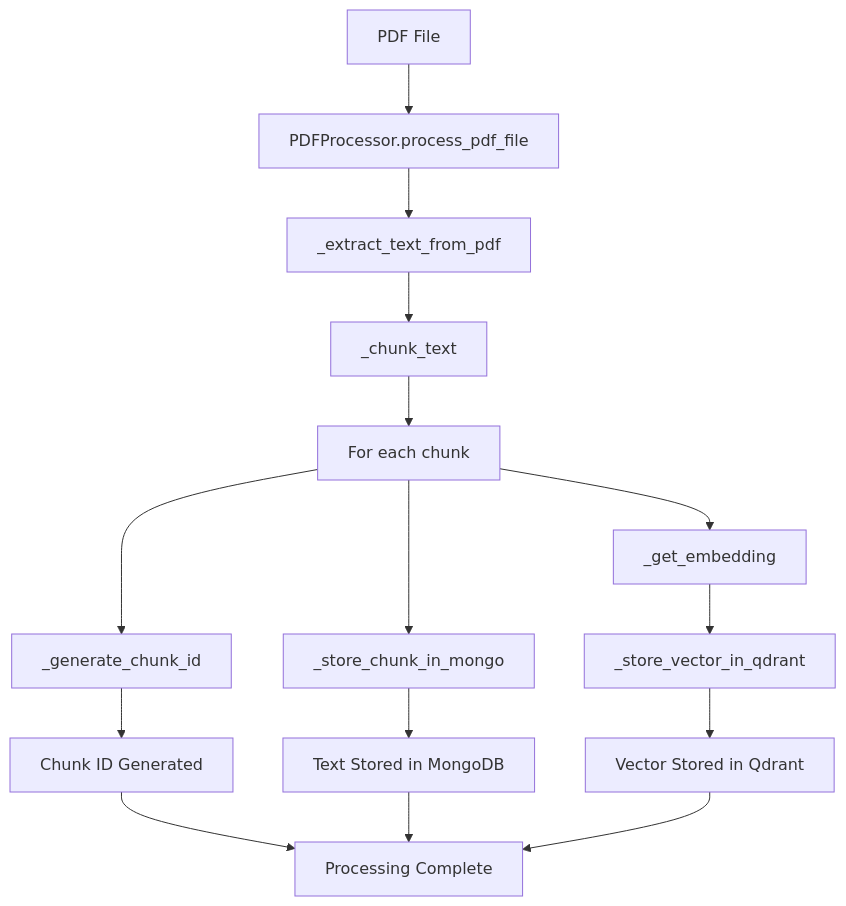
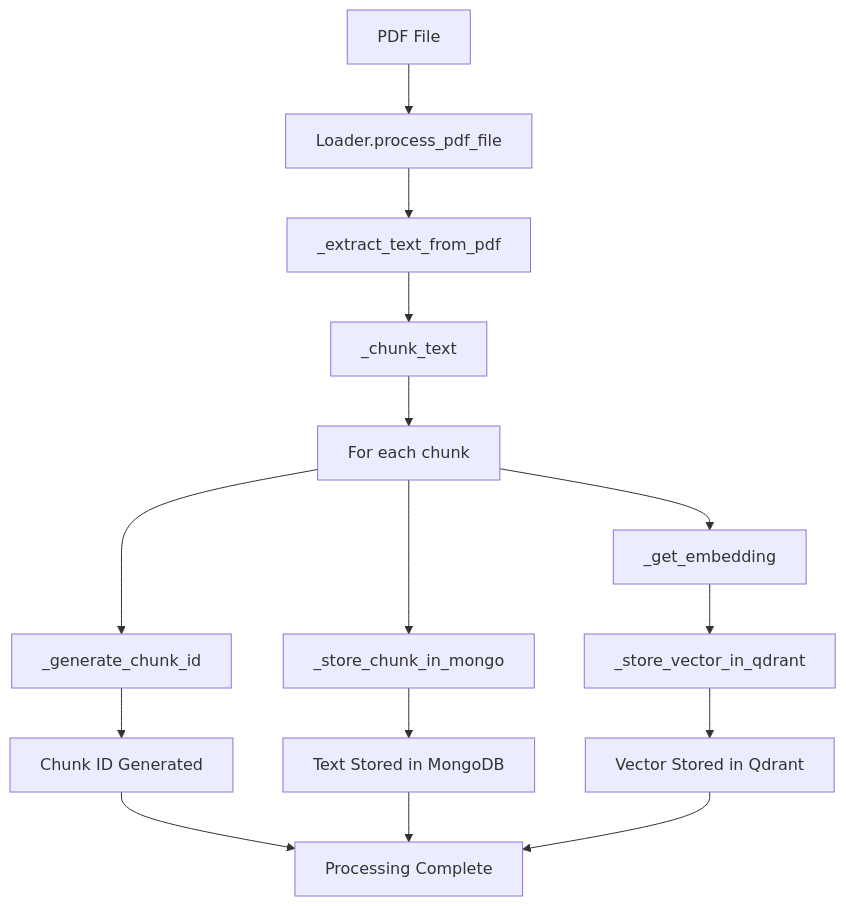
The first of 2 diagrams in application/loader/README.md (axler8r/GrokLangChain), drawn with Mermaid before and after one commit. The commit also changed other lines of this file and 4 other files, not shown here.

First line of the commit message:
refactor: renamed `PDFProcessor` to `Loader`

````diff
--- a/application/loader/README.md
+++ b/application/loader/README.md
@@ -43,17 +43,17 @@
 ```mermaid
 graph TD
-    A[PDF File] --> B[PDFProcessor.process_pdf_file]
+    A[PDF File] --> B[Loader.process_pdf_file]
     B --> C[_extract_text_from_pdf]
     C --> D[_chunk_text]
     D --> E[For each chunk]
     E --> F[_generate_chunk_id]
     E --> G[_store_chunk_in_mongo]
     E --> H[_get_embedding]
     H --> I[_store_vector_in_qdrant]
     F --> J[Chunk ID Generated]
     G --> K[Text Stored in MongoDB]
     I --> L[Vector Stored in Qdrant]
     J --> M[Processing Complete]
     K --> M
     L --> M
 ```
````
